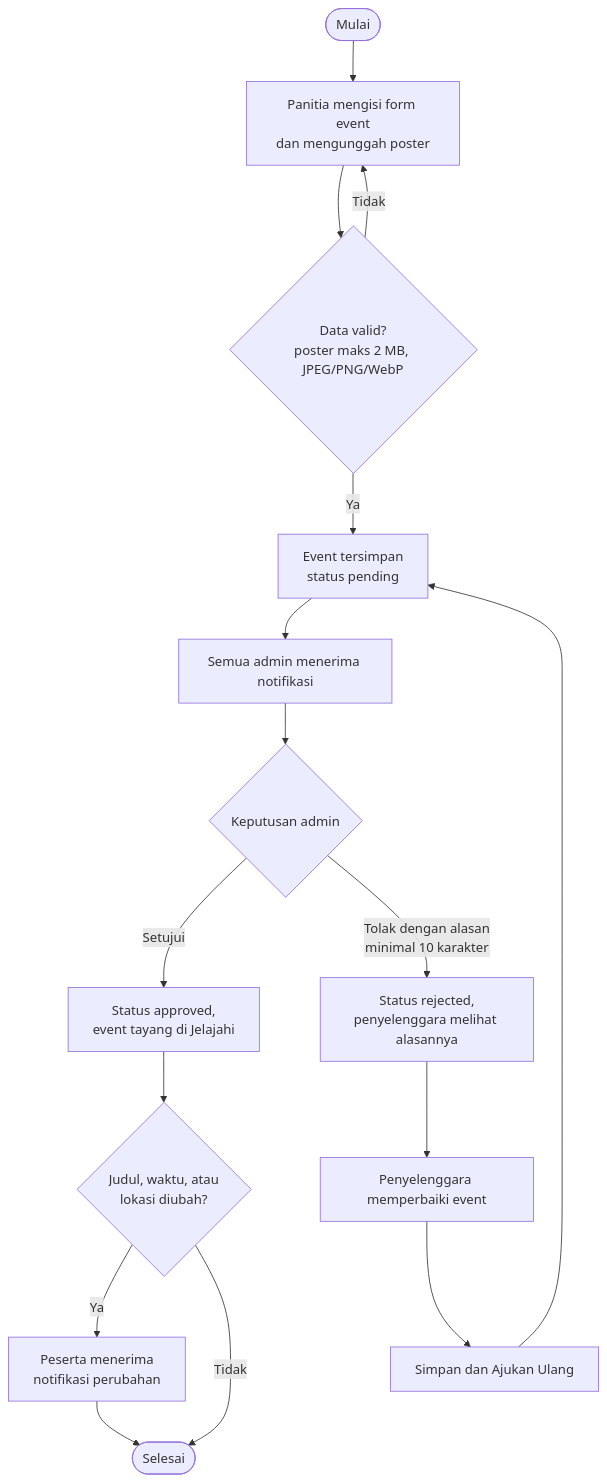
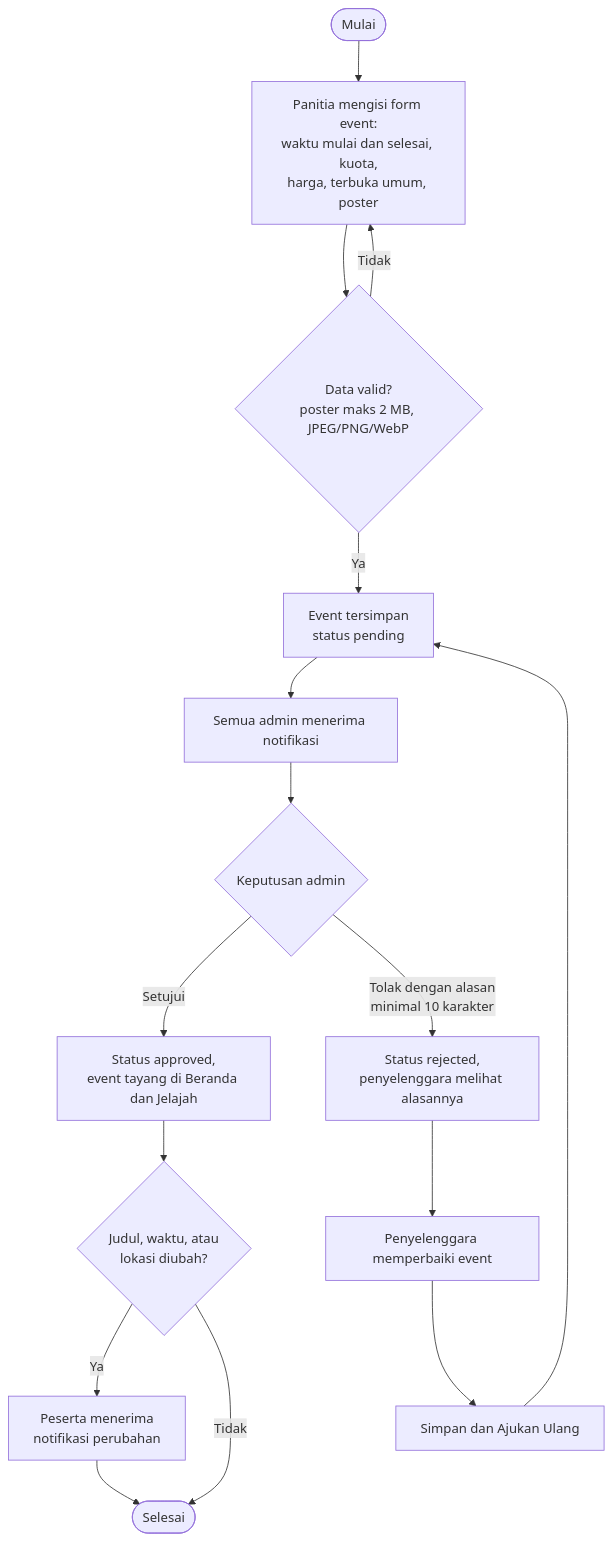
The fifth of 9 diagrams in docs/arsitektur.md (RifqiPermanaPutra/KampusHub), drawn with Mermaid before and after one commit. The commit also changed other lines of this file and 85 other files, not shown here.

````diff
--- a/docs/arsitektur.md
+++ b/docs/arsitektur.md
@@ -291,18 +384,18 @@
 ```mermaid
 flowchart TD
-    A([Mulai]) --> B["Panitia mengisi form event<br/>dan mengunggah poster"]
+    A([Mulai]) --> B["Panitia mengisi form event:<br/>waktu mulai dan selesai, kuota,<br/>harga, terbuka umum, poster"]
     B --> C{"Data valid?<br/>poster maks 2 MB, JPEG/PNG/WebP"}
     C -->|"Tidak"| B
     C -->|"Ya"| D["Event tersimpan<br/>status pending"]
     D --> E["Semua admin menerima notifikasi"]
     E --> F{"Keputusan admin"}
-    F -->|"Setujui"| G["Status approved,<br/>event tayang di Jelajahi"]
+    F -->|"Setujui"| G["Status approved,<br/>event tayang di Beranda dan Jelajah"]
     F -->|"Tolak dengan alasan<br/>minimal 10 karakter"| H["Status rejected,<br/>penyelenggara melihat alasannya"]
     H --> I["Penyelenggara memperbaiki event"]
     I --> J["Simpan dan Ajukan Ulang"]
     J --> D
     G --> K{"Judul, waktu, atau<br/>lokasi diubah?"}
     K -->|"Ya"| L["Peserta menerima<br/>notifikasi perubahan"]
     K -->|"Tidak"| Z([Selesai])
     L --> Z
 ```
````
